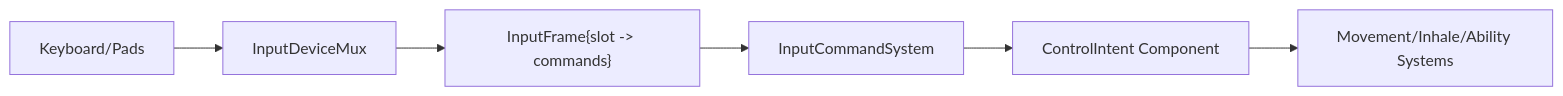
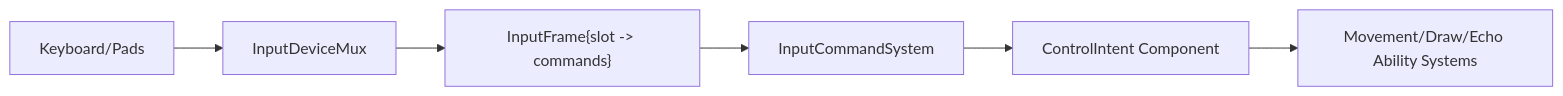
Before and after one commit to minchang-KIm/Kirby: the second of 3 diagrams in docs/kr/diagrams.md, drawn with Mermaid. The commit also changed other lines of this file and 116 other files, not shown here.

````diff
--- a/docs/kr/diagrams.md
+++ b/docs/kr/diagrams.md
@@ -19,8 +19,8 @@
 ```mermaid
 flowchart LR
   A["Keyboard/Pads"] --> B["InputDeviceMux"]
   B --> C["InputFrame{slot -> commands}"]
   C --> D["InputCommandSystem"]
   D --> E["ControlIntent Component"]
-  E --> F["Movement/Inhale/Ability Systems"]
+  E --> F["Movement/Draw/Echo Ability Systems"]
 ```
````
